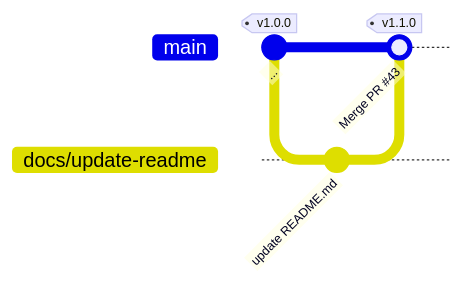
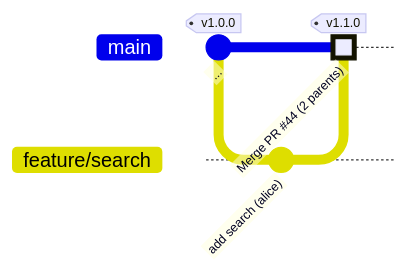
The third of 16 diagrams in SCENARIOS.md (kosli-dev/never-alone-ts), drawn with Mermaid before and after one commit. The commit also changed other lines of this file and 5 other files, not shown here.

Commit message:
Refactor merge commit detection to eliminate reliance on message-based checks, ensuring only structural criteria are used for identifying merge commits. Update related tests and documentation to reflect this change and enhance security against bypass attempts.

````diff
--- a/SCENARIOS.md
+++ b/SCENARIOS.md
@@ -102,8 +54,8 @@
 ```mermaid
 gitGraph
    commit id: "..." tag: "v1.0.0"
-   branch docs/update-readme
-   commit id: "update README.md"
+   branch feature/search
+   commit id: "add search (alice)"
    checkout main
-   merge docs/update-readme id: "Merge PR #43" tag: "v1.1.0"
+   merge feature/search id: "Merge PR #44 (2 parents)" type: HIGHLIGHT tag: "v1.1.0"
 ```
````
